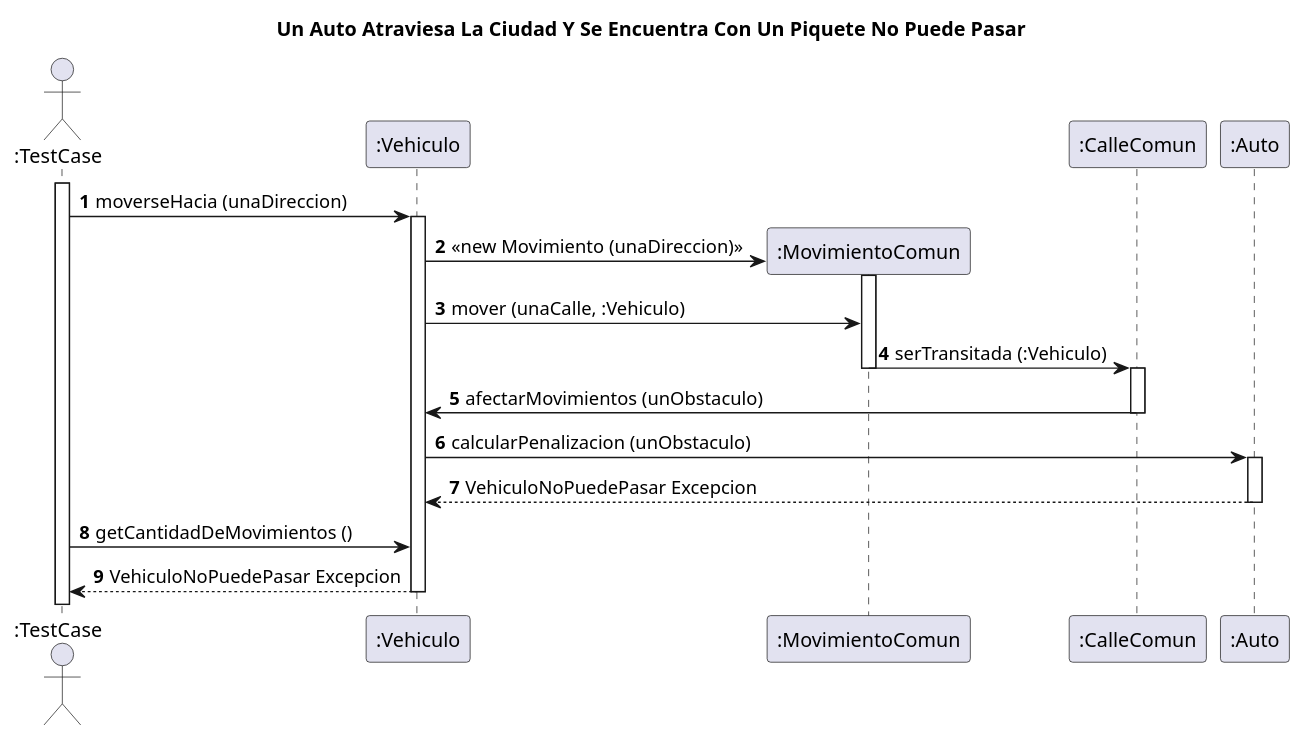
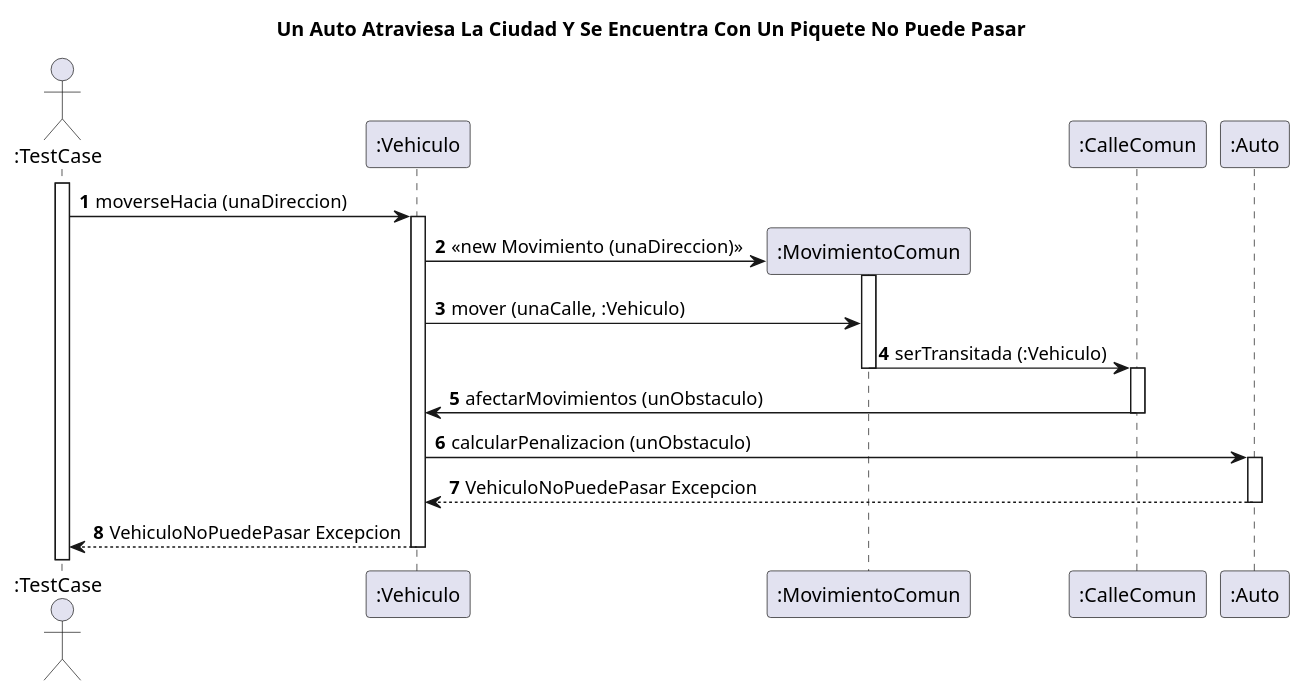
The diagram in diagrams/sequences/UnAutoAtraviesaLaCiudadYSeEncuentraConUnPiqueteNoPuedePasar.puml (FacundoBaez1994/Algo3Tp2), drawn with PlantUML before and after one commit.

Commit message:
Correccion diagrama de secuencia auto atraviesa ciudad piquete

```diff
--- a/diagrams/sequences/UnAutoAtraviesaLaCiudadYSeEncuentraConUnPiqueteNoPuedePasar.puml
+++ b/diagrams/sequences/UnAutoAtraviesaLaCiudadYSeEncuentraConUnPiqueteNoPuedePasar.puml
@@ -1,27 +1,26 @@
 @startuml
 'https://plantuml.com/sequence-diagram
 title Un Auto Atraviesa La Ciudad Y Se Encuentra Con Un Piquete No Puede Pasar
 autonumber
 actor ":TestCase"
 Activate ":TestCase"
    ":TestCase" -> ":Vehiculo": moverseHacia (unaDireccion)
     Activate ":Vehiculo"
     create ":MovimientoComun"
     ":Vehiculo" -> ":MovimientoComun": <<new Movimiento (unaDireccion) >>
     Activate ":MovimientoComun"
     ":Vehiculo" -> ":MovimientoComun": mover (unaCalle, :Vehiculo)
     ":MovimientoComun" -> ":CalleComun": serTransitada (:Vehiculo)
     Deactivate ":MovimientoComun"
     Activate ":CalleComun"
     ":CalleComun" -> ":Vehiculo": afectarMovimientos (unObstaculo)
     Deactivate ":CalleComun"
     ":Vehiculo" -> ":Auto": calcularPenalizacion (unObstaculo)
     Activate ":Auto"
     ":Vehiculo" <-- ":Auto": VehiculoNoPuedePasar Excepcion
     Deactivate ":Auto"
-    ":TestCase"  -> ":Vehiculo": getCantidadDeMovimientos ()
     ":TestCase"  <-- ":Vehiculo": VehiculoNoPuedePasar Excepcion
     Deactivate ":Vehiculo"
 
 
 @enduml
```
